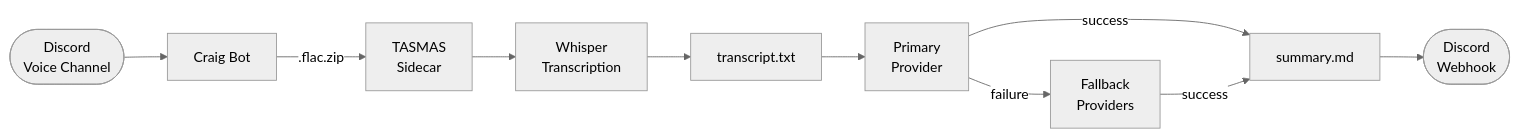
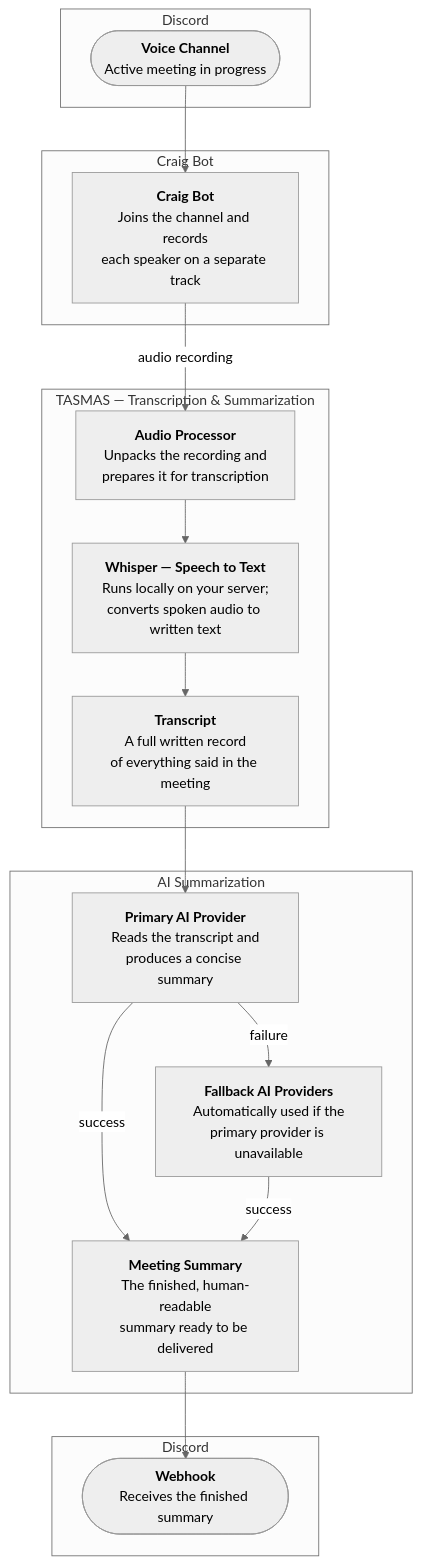
One commit to CraigChat/craig changed the diagram in README.md. Above: the diagram before and after it, drawn with Mermaid (neutral theme). The commit also changed other lines of this file and 6 other files, not shown here.

Commit message:
feat: add tests for python code + fix readme diagram

````diff
--- a/README.md
+++ b/README.md
@@ -10,12 +9,52 @@
 ```mermaid
-flowchart LR
-    A([Discord\nVoice Channel]) --> B[Craig Bot]
-    B -- ".flac.zip" --> C[TASMAS\nSidecar]
-    C --> D[Whisper\nTranscription]
-    D --> E[transcript.txt]
-    E --> F[Primary\nProvider]
-    F -- success --> H[summary.md]
-    F -- failure --> G[Fallback\nProviders]
+flowchart TD
+    subgraph Discord["Discord"]
+        A(["`**Voice Channel**
+        Active meeting in progress`"])
+    end
+
+    subgraph Craig["Craig Bot"]
+        B["`**Craig Bot**
+        Joins the channel and records
+        each speaker on a separate track`"]
+    end
+
+    subgraph TASMAS["TASMAS — Transcription & Summarization"]
+        C["`**Audio Processor**
+        Unpacks the recording and
+        prepares it for transcription`"]
+        D["`**Whisper — Speech to Text**
+        Runs locally on your server;
+        converts spoken audio to written text`"]
+        E["`**Transcript**
+        A full written record
+        of everything said in the meeting`"]
+    end
+
+    subgraph AI["AI Summarization"]
+        F["`**Primary AI Provider**
+        Reads the transcript and
+        produces a concise summary`"]
+        G["`**Fallback AI Providers**
+        Automatically used if the
+        primary provider is unavailable`"]
+        H["`**Meeting Summary**
+        The finished, human-readable
+        summary ready to be delivered`"]
+    end
+
+    subgraph Deliver["Discord"]
+        I(["`**Webhook**
+        Receives the finished summary`"])
+    end
+
+    A --> B
+    B -- "audio recording" --> C
+    C --> D
+    D --> E
+    E --> F
+    F -- success --> H
+    F -- failure --> G
     G -- success --> H
-    H --> I([Discord\nWebhook])
+    H --> I
 ```
````
